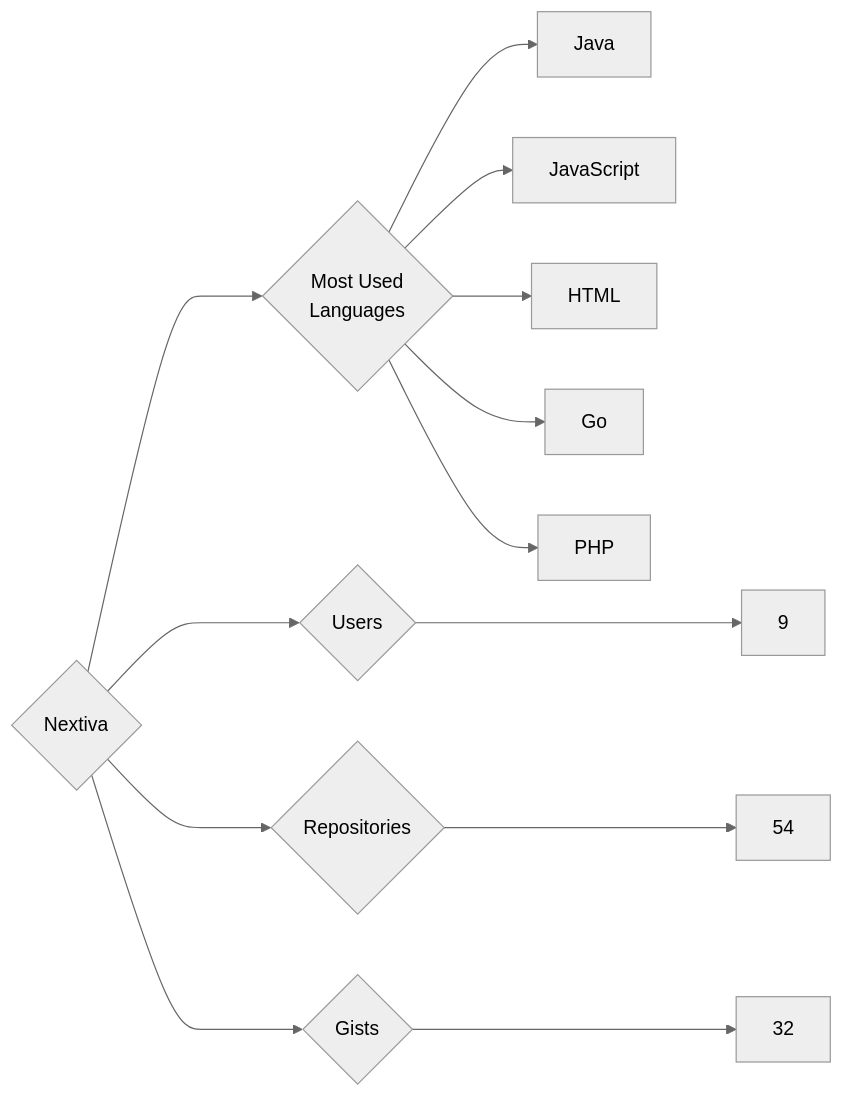
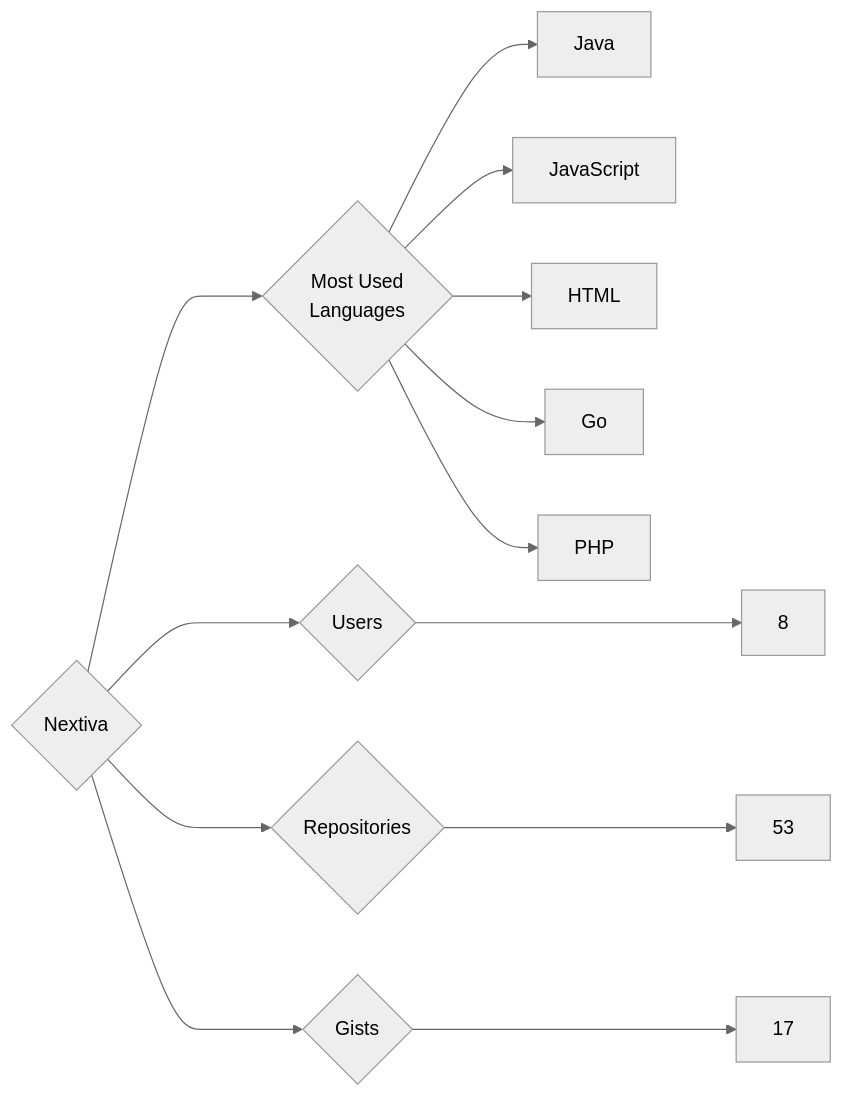
The diagram in targets/Nextiva/README.md (trickest/insiders), drawn with Mermaid (neutral theme) before and after one commit. The commit also changed 1389 other files, not shown here.

````diff
--- a/targets/Nextiva/README.md
+++ b/targets/Nextiva/README.md
@@ -3,13 +3,13 @@
 ```mermaid
 graph LR
 COMPANY_NAME{Nextiva}
-COMPANY_NAME ---> U{Users} ---> UN[9]
-COMPANY_NAME ---> R{Repositories} ---> RN[54]
-COMPANY_NAME ---> G{Gists} ---> GN[32]
+COMPANY_NAME ---> U{Users} ---> UN[8]
+COMPANY_NAME ---> R{Repositories} ---> RN[53]
+COMPANY_NAME ---> G{Gists} ---> GN[17]
 COMPANY_NAME ---> ML{Most Used<br>Languages}
 ML --> Java[Java]
 ML --> JavaScript[JavaScript]
 ML --> HTML[HTML]
 ML --> Go[Go]
 ML --> PHP[PHP]
 ```
````
